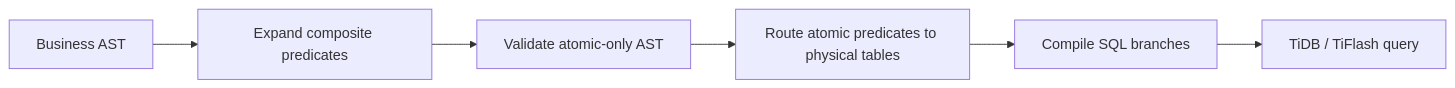
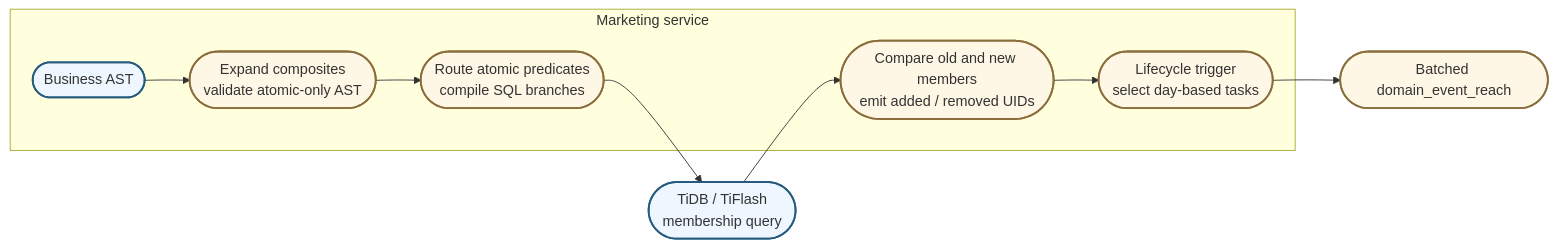
The first of 2 diagrams in source/_posts/engineering-case-study/building-a-predicate-driven-audience-pipeline-for-lifecycle-email.md (EdwardShen125/edwardshen125.github.io), drawn with Mermaid before and after one commit. The commit also changed other lines of this file and 48 other files, not shown here.

```diff
--- a/source/_posts/engineering-case-study/building-a-predicate-driven-audience-pipeline-for-lifecycle-email.md
+++ b/source/_posts/engineering-case-study/building-a-predicate-driven-audience-pipeline-for-lifecycle-email.md
@@ -161,8 +94,18 @@
 {% mermaid %}
 flowchart LR
-  A[Business AST] --> B[Expand composite predicates]
-  B --> C[Validate atomic-only AST]
-  C --> D[Route atomic predicates to physical tables]
-  D --> E[Compile SQL branches]
-  E --> F[TiDB / TiFlash query]
+  subgraph SG_M["Marketing service"]
+    A(["Business AST"]):::state --> B(["Expand composites<br/>validate atomic-only AST"]):::event
+    B --> C(["Route atomic predicates<br/>compile SQL branches"]):::event
+    E(["Compare old and new members<br/>emit added / removed UIDs"]):::event --> L(["Lifecycle trigger<br/>select day-based tasks"]):::event
+  end
+
+  D(["TiDB / TiFlash<br/>membership query"]):::state
+  F(["Batched domain_event_reach"]):::event
+
+  C --> D
+  D --> E
+  L --> F
+
+  classDef state fill:#eef7ff,stroke:#245a7d,stroke-width:2px
+  classDef event fill:#fff7e6,stroke:#8a6d3b,stroke-width:2px
 {% endmermaid %}
```
